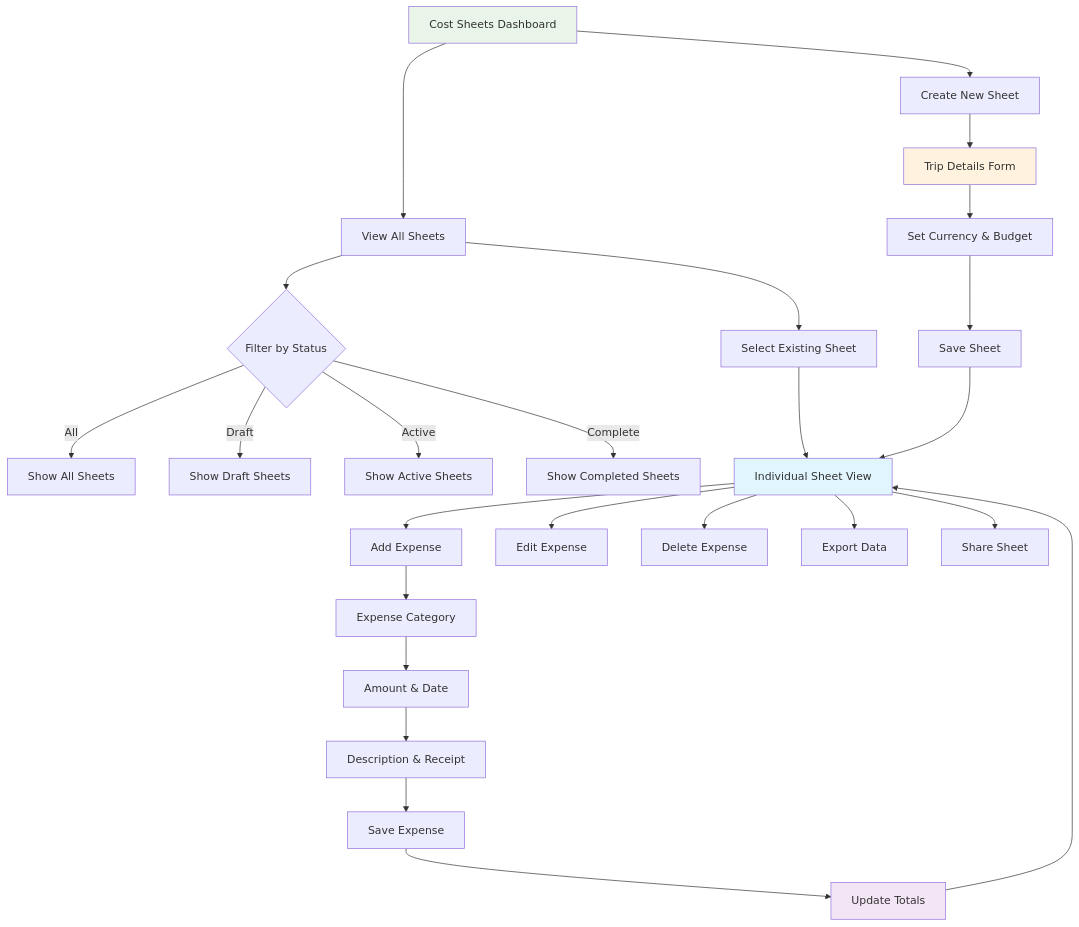
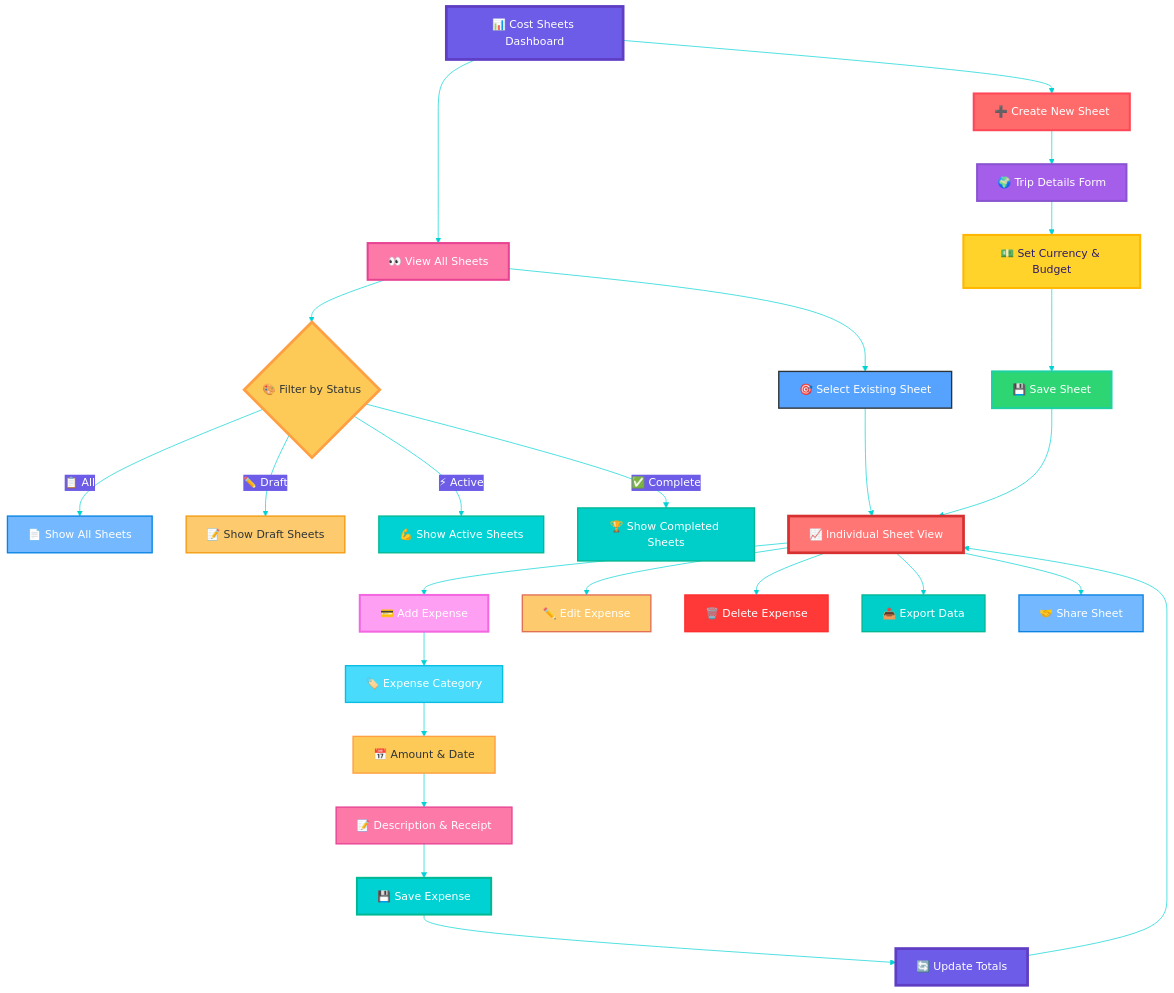
Before and after one commit to shihabsararrafid/budget-travel: the fourth of 15 diagrams in budget-travel/MERMAID_UI_UX_FLOWS.md, drawn with Mermaid. The commit also changed other lines of this file, not shown here.

````diff
--- a/budget-travel/MERMAID_UI_UX_FLOWS.md
+++ b/budget-travel/MERMAID_UI_UX_FLOWS.md
@@ -111,37 +165,61 @@
 ```mermaid
+%%{init: {'theme':'base', 'themeVariables': { 'primaryColor': '#fd79a8', 'primaryTextColor': '#fff', 'primaryBorderColor': '#e84393', 'lineColor': '#00d2d3', 'secondaryColor': '#6c5ce7', 'tertiaryColor': '#feca57'}}}%%
 flowchart TD
-    A[Cost Sheets Dashboard] --> B[View All Sheets]
-    B --> C{Filter by Status}
+    A["📊 Cost Sheets Dashboard"] --> B["👀 View All Sheets"]
+    B --> C{"🎨 Filter by Status"}
     
-    C -->|All| D[Show All Sheets]
-    C -->|Draft| E[Show Draft Sheets]
-    C -->|Active| F[Show Active Sheets]
-    C -->|Complete| G[Show Completed Sheets]
+    C -->|"📋 All"| D["📄 Show All Sheets"]
+    C -->|"✏️ Draft"| E["📝 Show Draft Sheets"]
+    C -->|"⚡ Active"| F["💪 Show Active Sheets"]
+    C -->|"✅ Complete"| G["🏆 Show Completed Sheets"]
     
-    A --> H[Create New Sheet]
-    H --> I[Trip Details Form]
-    I --> J[Set Currency & Budget]
-    J --> K[Save Sheet]
-    K --> L[Individual Sheet View]
+    A --> H["➕ Create New Sheet"]
+    H --> I["🌍 Trip Details Form"]
+    I --> J["💵 Set Currency & Budget"]
+    J --> K["💾 Save Sheet"]
+    K --> L["📈 Individual Sheet View"]
     
-    B --> M[Select Existing Sheet]
+    B --> M["🎯 Select Existing Sheet"]
     M --> L
     
-    L --> N[Add Expense]
-    N --> O[Expense Category]
-    O --> P[Amount & Date]
-    P --> Q[Description & Receipt]
-    Q --> R[Save Expense]
-    R --> S[Update Totals]
+    L --> N["💳 Add Expense"]
+    N --> O["🏷️ Expense Category"]
+    O --> P["📅 Amount & Date"]
+    P --> Q["📝 Description & Receipt"]
+    Q --> R["💾 Save Expense"]
+    R --> S["🔄 Update Totals"]
     S --> L
     
-    L --> T[Edit Expense]
-    L --> U[Delete Expense]
-    L --> V[Export Data]
-    L --> W[Share Sheet]
+    L --> T["✏️ Edit Expense"]
+    L --> U["🗑️ Delete Expense"]
+    L --> V["📤 Export Data"]
+    L --> W["🤝 Share Sheet"]
     
-    style A fill:#e8f5e8
-    style I fill:#fff3e0
-    style L fill:#e1f5fe
-    style S fill:#f3e5f5
+    style A fill:#6c5ce7,stroke:#5f3dc4,stroke-width:4px,color:#fff
+    style B fill:#fd79a8,stroke:#e84393,stroke-width:3px,color:#fff
+    style C fill:#feca57,stroke:#ff9f43,stroke-width:4px,color:#2d3436
+    
+    style D fill:#74b9ff,stroke:#0984e3,stroke-width:2px,color:#fff
+    style E fill:#fdcb6e,stroke:#f39c12,stroke-width:2px,color:#2d3436
+    style F fill:#00d2d3,stroke:#00b894,stroke-width:2px,color:#fff
+    style G fill:#00cec9,stroke:#00b894,stroke-width:2px,color:#fff
+    
+    style H fill:#ff6b6b,stroke:#ff4757,stroke-width:3px,color:#fff
+    style I fill:#a55eea,stroke:#8854d0,stroke-width:3px,color:#fff
+    style J fill:#ffd32a,stroke:#ffb700,stroke-width:3px,color:#2f1b69
+    style K fill:#2ed573,stroke:#1dd1a1,stroke-width:3px,color:#fff
+    style L fill:#ff7675,stroke:#d63031,stroke-width:4px,color:#fff
+    style M fill:#55a3ff,stroke:#2d3436,stroke-width:2px,color:#fff
+    
+    style N fill:#ff9ff3,stroke:#f368e0,stroke-width:3px,color:#fff
+    style O fill:#48dbfb,stroke:#0abde3,stroke-width:2px,color:#fff
+    style P fill:#feca57,stroke:#ff9f43,stroke-width:2px,color:#2d3436
+    style Q fill:#fd79a8,stroke:#e84393,stroke-width:2px,color:#fff
+    style R fill:#00d2d3,stroke:#00b894,stroke-width:3px,color:#fff
+    style S fill:#6c5ce7,stroke:#5f3dc4,stroke-width:4px,color:#fff
+    
+    style T fill:#fdcb6e,stroke:#e17055,stroke-width:2px,color:#fff
+    style U fill:#ff3838,stroke:#ff2d2d,stroke-width:2px,color:#fff
+    style V fill:#00cec9,stroke:#00b894,stroke-width:2px,color:#fff
+    style W fill:#74b9ff,stroke:#0984e3,stroke-width:2px,color:#fff
 ```
````
